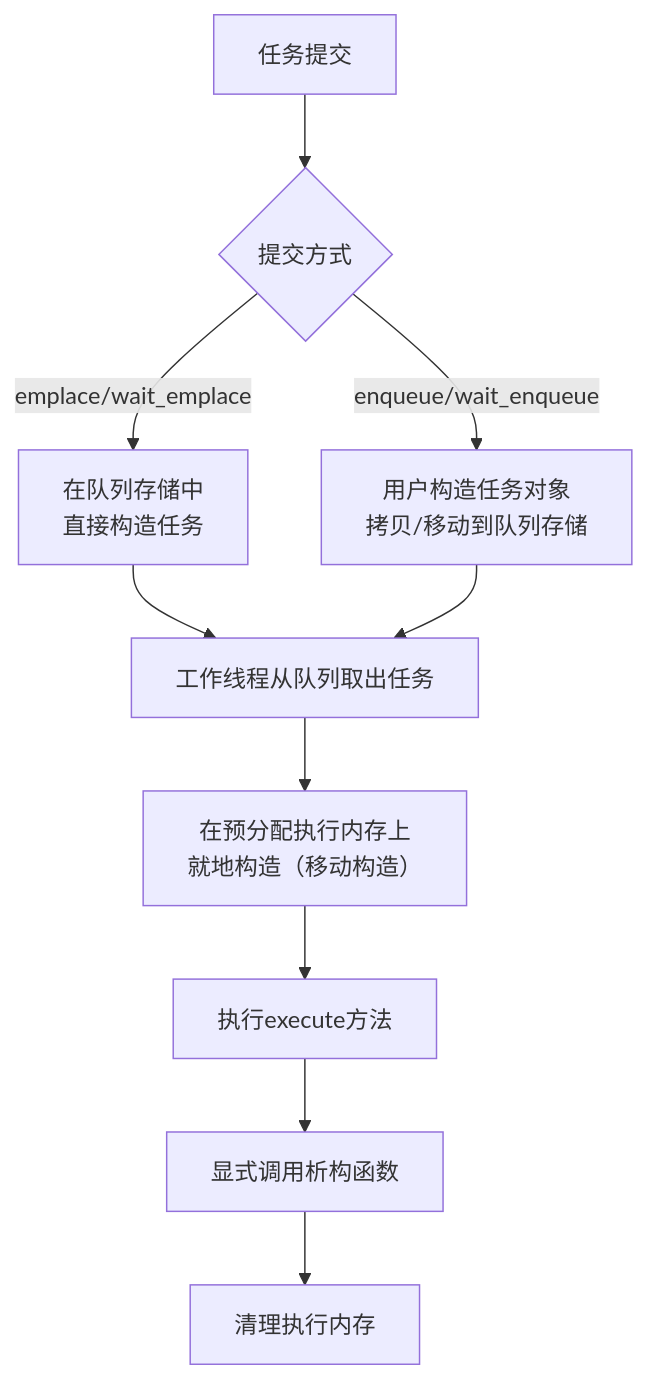
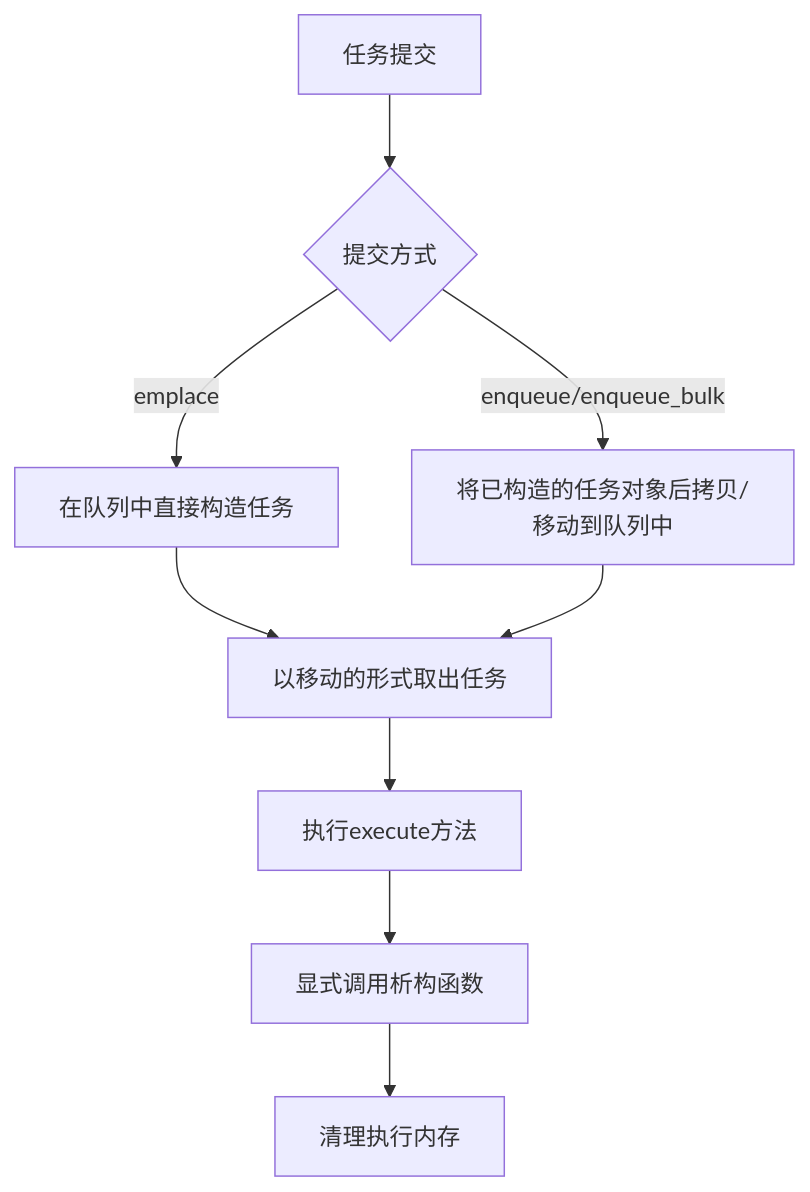
One commit to HSLL175848494/ThreadPool changed the second of 2 diagrams in README.md. Above: the diagram before and after it, drawn with Mermaid. The commit also changed other lines of this file, not shown here.

````diff
--- a/README.md
+++ b/README.md
@@ -87,14 +107,13 @@
 ```mermaid
 graph TD
     A[任务提交] --> B{提交方式}
-    B -->|emplace/wait_emplace| C[在队列存储中<br/>直接构造任务]
-    B -->|enqueue/wait_enqueue| D[用户构造任务对象<br/>拷贝/移动到队列存储]
+    B -->|emplace| C[在队列中直接构造任务]
+    B -->|enqueue/enqueue_bulk| D[将已构造的任务对象后拷贝/移动到队列中]
     
-    C --> E[工作线程从队列取出任务]
+    C --> E[以移动的形式取出任务]
     D --> E
     
-    E --> F[在预分配执行内存上<br/>就地构造（移动构造）]
-    F --> G[执行execute方法]
-    G --> H[显式调用析构函数]
-    H --> I[清理执行内存]
+    E --> F[执行execute方法]
+    F --> G[显式调用析构函数]
+    G --> H[清理执行内存]
 ```
````
